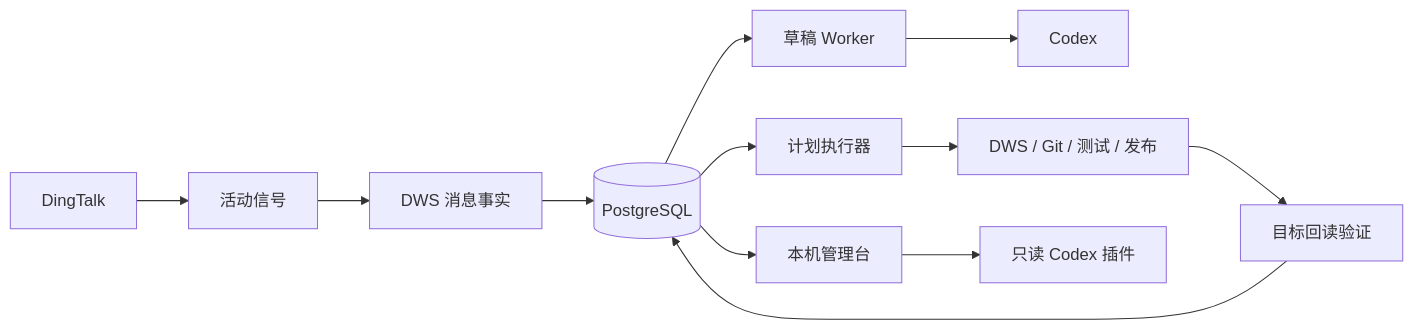
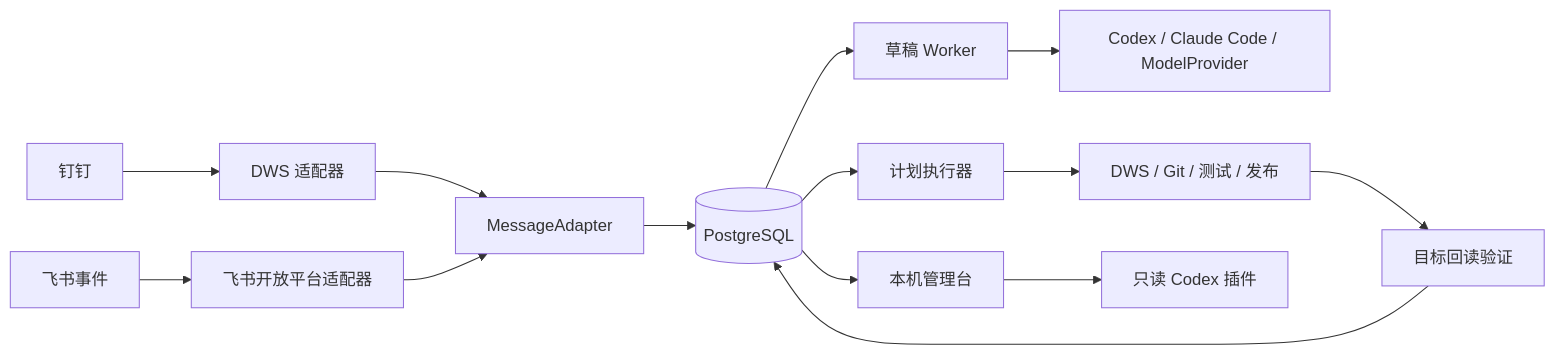
One commit to ruiwang20010702/ai-employee changed the second of 2 diagrams in README_ZH.md. Above: the diagram before and after it, drawn with Mermaid. The commit also changed other lines of this file and 96 other files, not shown here.

````diff
--- a/README_ZH.md
+++ b/README_ZH.md
@@ -189,14 +212,16 @@
 ```mermaid
 flowchart LR
-    DT["DingTalk"] --> SIG["活动信号"]
-    SIG --> DWS["DWS 消息事实"]
-    DWS --> DB[("PostgreSQL")]
+    DT["钉钉"] --> DWS["DWS 适配器"]
+    FS["飞书事件"] --> FSA["飞书开放平台适配器"]
+    DWS --> MSG["MessageAdapter"]
+    FSA --> MSG
+    MSG --> DB[("PostgreSQL")]
     DB --> WORKER["草稿 Worker"]
-    WORKER --> CODEX["Codex"]
+    WORKER --> CODEX["Codex / Claude Code / ModelProvider"]
     DB --> EXEC["计划执行器"]
     EXEC --> TOOLS["DWS / Git / 测试 / 发布"]
     TOOLS --> VERIFY["目标回读验证"]
     VERIFY --> DB
     DB --> ADMIN["本机管理台"]
     ADMIN --> MCP["只读 Codex 插件"]
 ```
````
